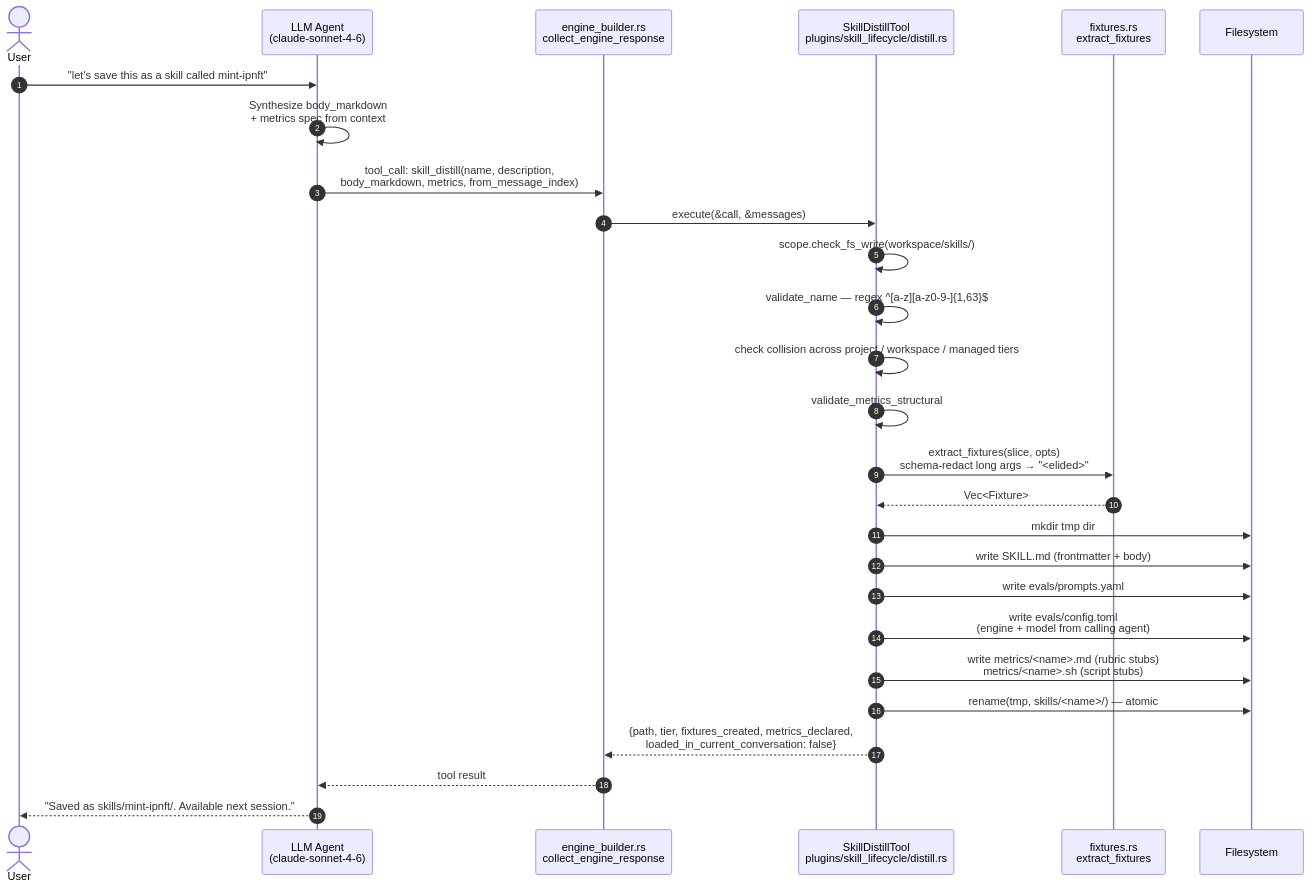
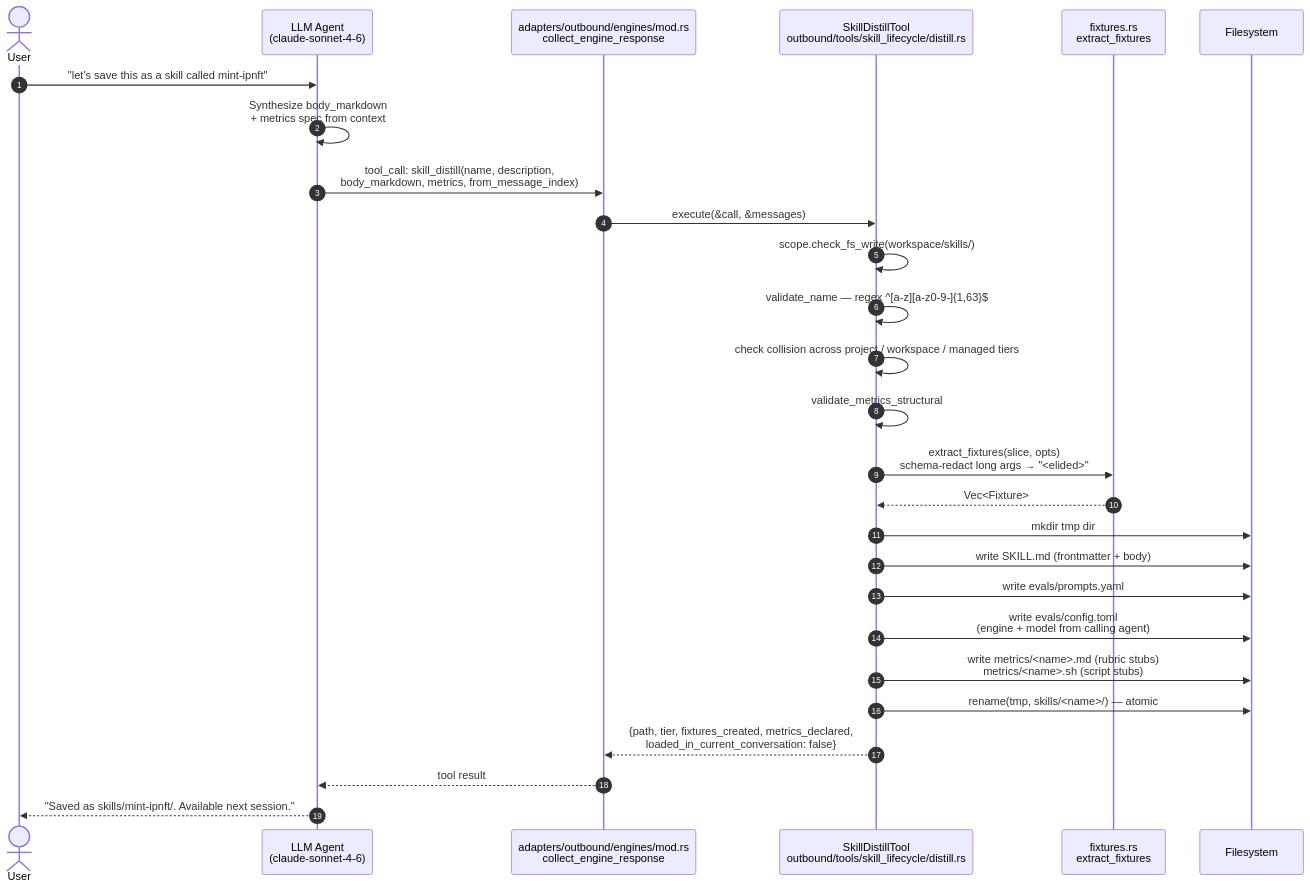
Before and after one commit to DemidovVladimir/tengu-cluster: the third of 8 diagrams in docs/skill-lifecycle-pipeline-diagrams.md, drawn with Mermaid. The commit also changed other lines of this file and 283 other files, not shown here.

````diff
--- a/docs/skill-lifecycle-pipeline-diagrams.md
+++ b/docs/skill-lifecycle-pipeline-diagrams.md
@@ -129,30 +129,30 @@
 ```mermaid
 sequenceDiagram
     autonumber
     actor U as User
     participant A as LLM Agent<br/>(claude-sonnet-4-6)
-    participant E as engine_builder.rs<br/>collect_engine_response
-    participant T as SkillDistillTool<br/>plugins/skill_lifecycle/distill.rs
+    participant E as adapters/outbound/engines/mod.rs<br/>collect_engine_response
+    participant T as SkillDistillTool<br/>outbound/tools/skill_lifecycle/distill.rs
     participant F as fixtures.rs<br/>extract_fixtures
     participant FS as Filesystem
 
     U->>A: "let's save this as a skill called mint-ipnft"
     A->>A: Synthesize body_markdown<br/>+ metrics spec from context
     A->>E: tool_call: skill_distill(name, description,<br/>body_markdown, metrics, from_message_index)
     E->>T: execute(&call, &messages)
     T->>T: scope.check_fs_write(workspace/skills/)
     T->>T: validate_name — regex ^[a-z][a-z0-9-]{1,63}$
     T->>T: check collision across project / workspace / managed tiers
     T->>T: validate_metrics_structural
     T->>F: extract_fixtures(slice, opts)<br/>schema-redact long args → "<elided>"
     F-->>T: Vec<Fixture>
     T->>FS: mkdir tmp dir
     T->>FS: write SKILL.md (frontmatter + body)
     T->>FS: write evals/prompts.yaml
     T->>FS: write evals/config.toml<br/>(engine + model from calling agent)
     T->>FS: write metrics/<name>.md (rubric stubs)<br/>metrics/<name>.sh (script stubs)
     T->>FS: rename(tmp, skills/<name>/) — atomic
     T-->>E: {path, tier, fixtures_created, metrics_declared,<br/>loaded_in_current_conversation: false}
     E-->>A: tool result
     A-->>U: "Saved as skills/mint-ipnft/. Available next session."
 ```
````
